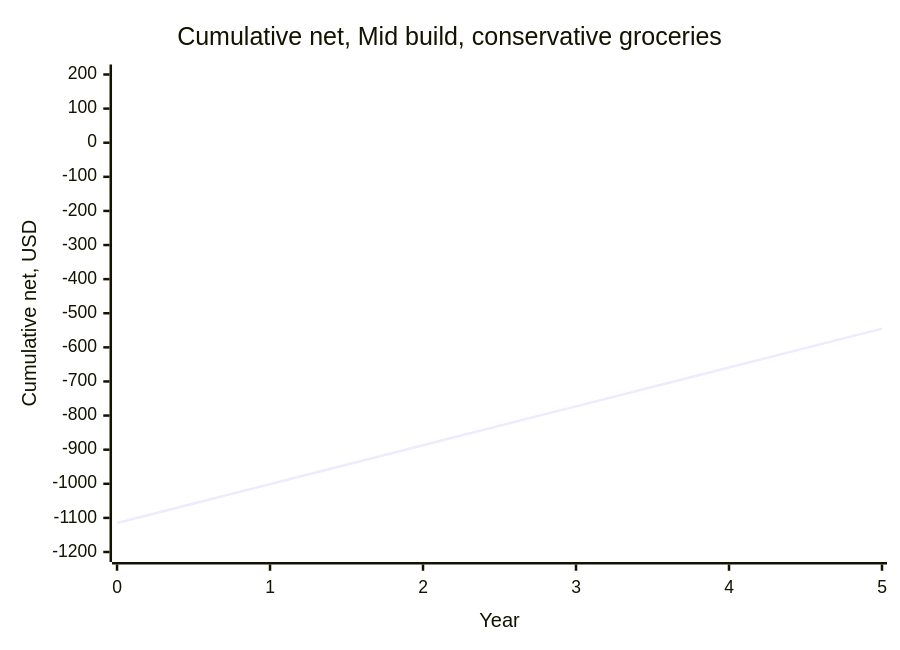
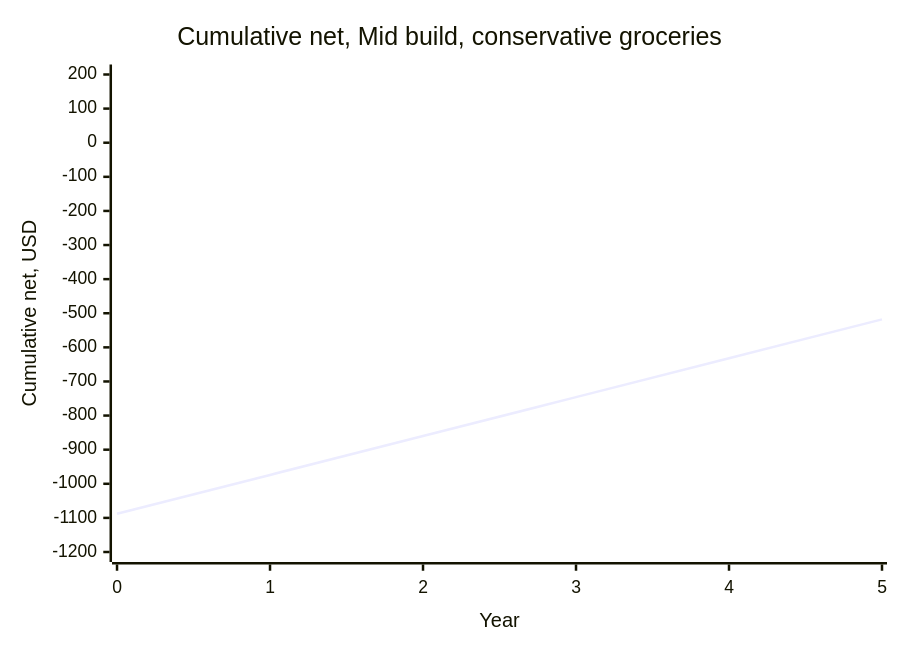
One commit to UncleJS/guide_hydroponics changed the second of 3 diagrams in guide/ebb-and-flow/12-budget-and-sourcing.md. Above: the diagram before and after it, drawn with Mermaid. The commit also changed other lines of this file and 20 other files, not shown here.

````diff
--- a/guide/ebb-and-flow/12-budget-and-sourcing.md
+++ b/guide/ebb-and-flow/12-budget-and-sourcing.md
@@ -829,7 +828,7 @@
 ```mermaid
 xychart-beta
     title "Cumulative net, Mid build, conservative groceries"
     x-axis "Year" [0, 1, 2, 3, 4, 5]
     y-axis "Cumulative net, USD" -1200 --> 200
-    line [-1115, -1001, -887, -773, -659, -545]
+    line [-1088, -974, -860, -746, -632, -518]
 ```
````
